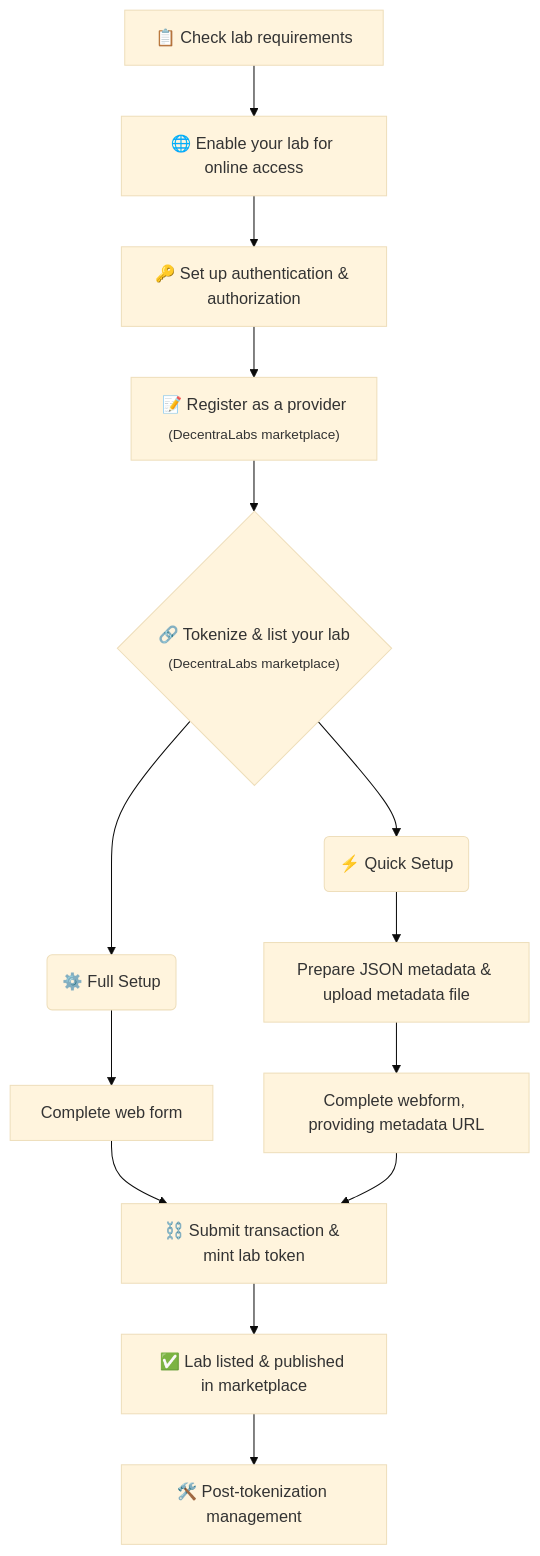
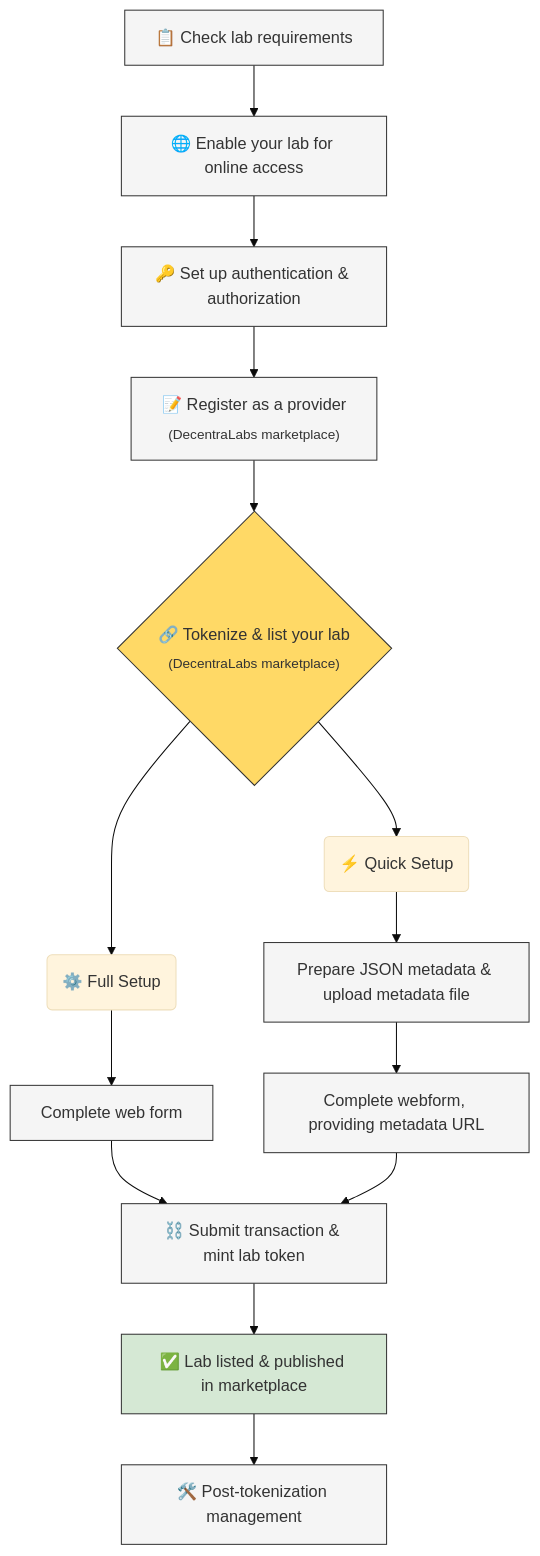
Before and after one commit to DecentraLabsCom/Marketplace: the diagram in become-a-provider/graphical-overview.md, drawn with Mermaid (base theme).

Commit message:
GITBOOK-33: No subject

````diff
--- a/become-a-provider/graphical-overview.md
+++ b/become-a-provider/graphical-overview.md
@@ -5,21 +5,25 @@
 ```mermaid
 flowchart TD
-    A[📋 Check lab requirements] --> B[🌐 Enable your lab for online access]
-    B --> C[🔑 Set up authentication & authorization]
-    C --> D["📝 Register as a provider<br/><sub>(DecentraLabs marketplace)</sub>"]
+    A[📋 Check lab requirements]:::step --> B[🌐 Enable your lab for online access]:::step
+    B --> C[🔑 Set up authentication & authorization]:::step
+    C --> D["📝 Register as a provider<br/><sub>(DecentraLabs marketplace)</sub>"]:::step
 
-    D --> E{"🔗 Tokenize & list your lab<br/><sub>(DecentraLabs marketplace)</sub>"}
+    D --> E{"🔗 Tokenize & list your lab<br/><sub>(DecentraLabs marketplace)</sub>"}:::decision
 
     E --> F1(⚙️ Full Setup)
-    F1 --> F11[Complete web form]
-    F11 --> G1[⛓️ Submit transaction & mint lab token]
+    F1 --> F11[Complete web form]:::step
+    F11 --> G1[⛓️ Submit transaction & mint lab token]:::step
 
     E --> F2(⚡ Quick Setup)
-    F2 --> F21[Prepare JSON metadata & upload metadata file]
-    F21 --> F22[Complete webform, providing metadata URL]
+    F2 --> F21[Prepare JSON metadata & upload metadata file]:::step
+    F21 --> F22[Complete webform, providing metadata URL]:::step
     F22 --> G1
 
-    G1 --> H[✅ Lab listed & published in marketplace]
-    H --> I[🛠️ Post-tokenization management]
+    G1 --> H[✅ Lab listed & published in marketplace]:::result
+    H --> I[🛠️ Post-tokenization management]:::step
+
+    classDef step fill:#f5f5f5,stroke:#333,stroke-width:1px;
+    classDef decision fill:#ffd966,stroke:#333,stroke-width:1px;
+    classDef result fill:#d5e8d4,stroke:#333,stroke-width:1px;
 
 ```
````
